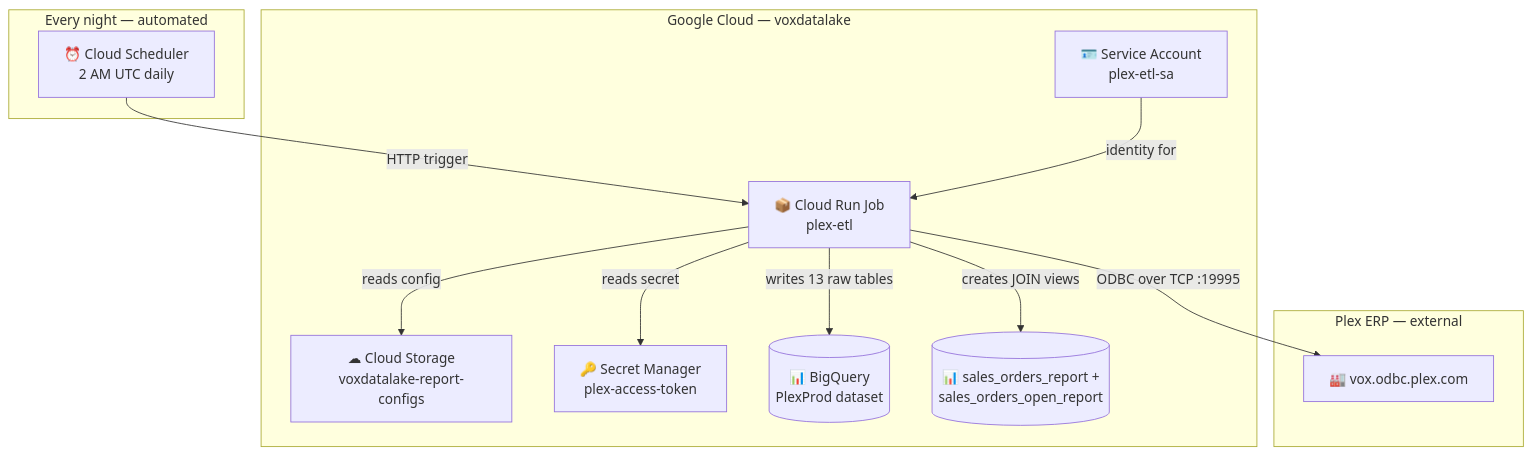
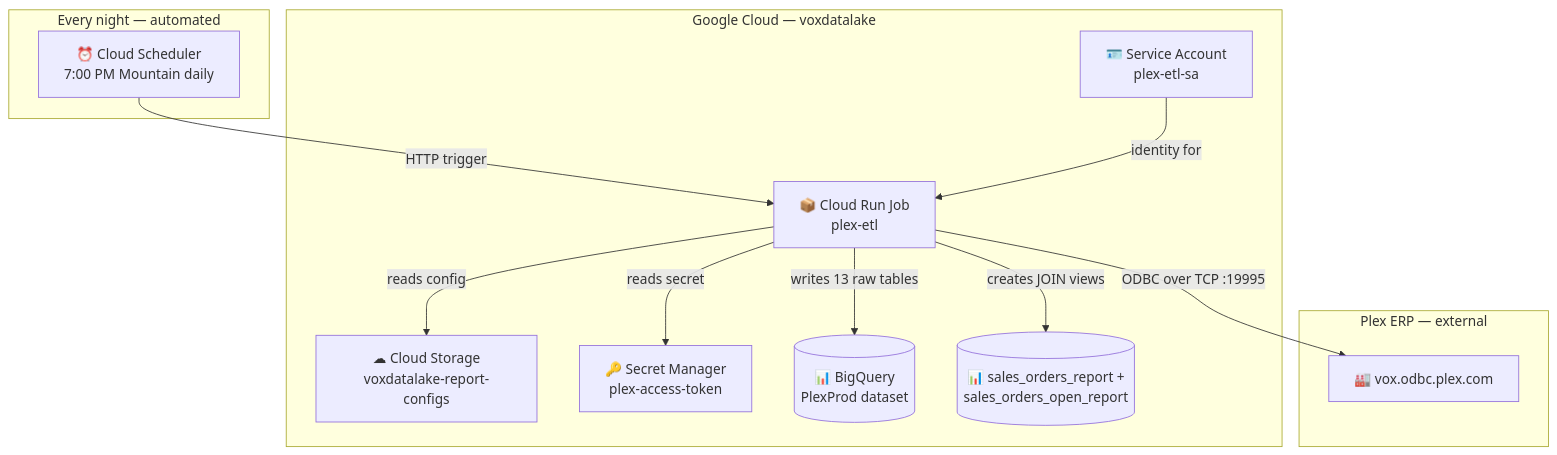
Before and after one commit to Parasol-Group-Inc/plex-to-big-query: the first of 5 diagrams in docs/FRONTEND_GUIDE.md, drawn with Mermaid. The commit also changed other lines of this file and 24 other files, not shown here.

````diff
--- a/docs/FRONTEND_GUIDE.md
+++ b/docs/FRONTEND_GUIDE.md
@@ -19,19 +19,19 @@
 ```mermaid
 graph TD
     subgraph "Every night — automated"
-        CS[⏰ Cloud Scheduler\n2 AM UTC daily]
+        CS[⏰ Cloud Scheduler\n7:00 PM Mountain daily]
     end
 
     subgraph "Google Cloud — voxdatalake"
         CS -->|HTTP trigger| CRJ[📦 Cloud Run Job\nplex-etl]
         CRJ -->|reads config| GCS[☁ Cloud Storage\nvoxdatalake-report-configs]
         CRJ -->|reads secret| SM[🔑 Secret Manager\nplex-access-token]
         SA[🪪 Service Account\nplex-etl-sa] -->|identity for| CRJ
         CRJ -->|writes 13 raw tables| BQ[(📊 BigQuery\nPlexProd dataset)]
         CRJ -->|creates JOIN views| VIEW[(📊 sales_orders_report +\nsales_orders_open_report)]
     end
 
     subgraph "Plex ERP — external"
         CRJ -->|ODBC over TCP :19995| PLEX[🏭 vox.odbc.plex.com]
     end
 ```
````
